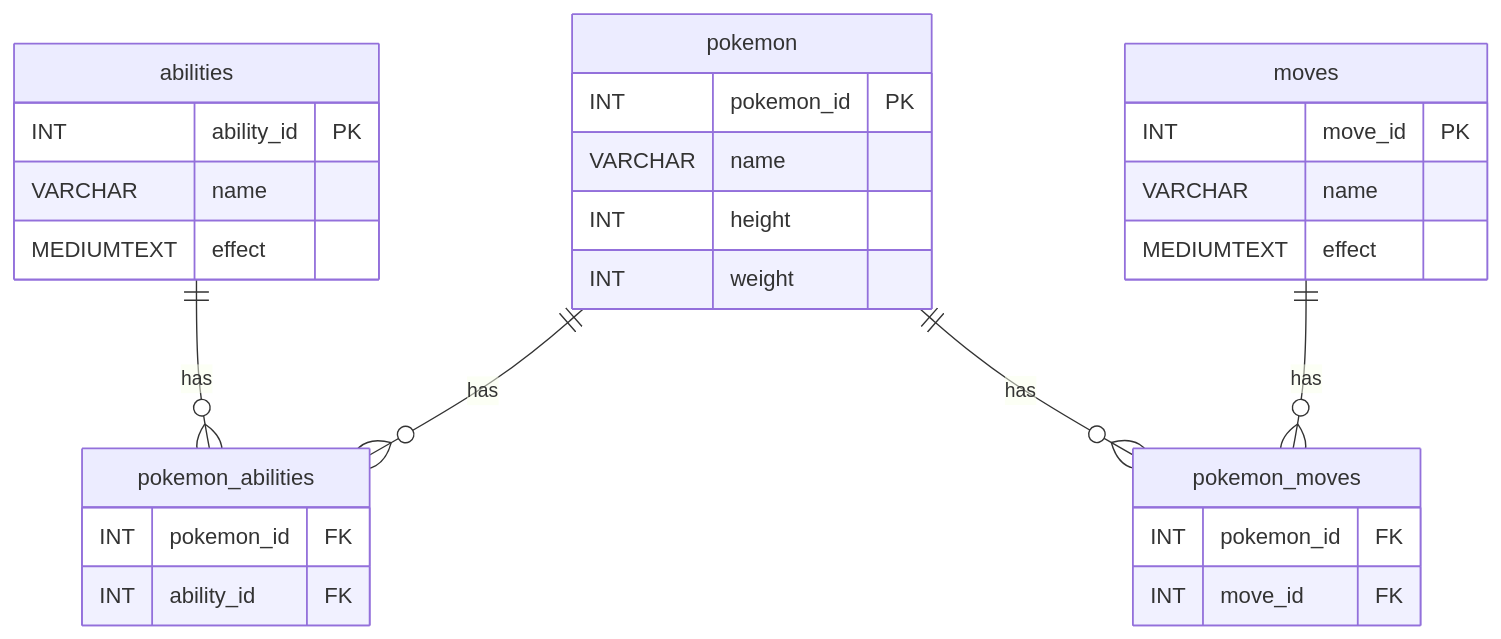
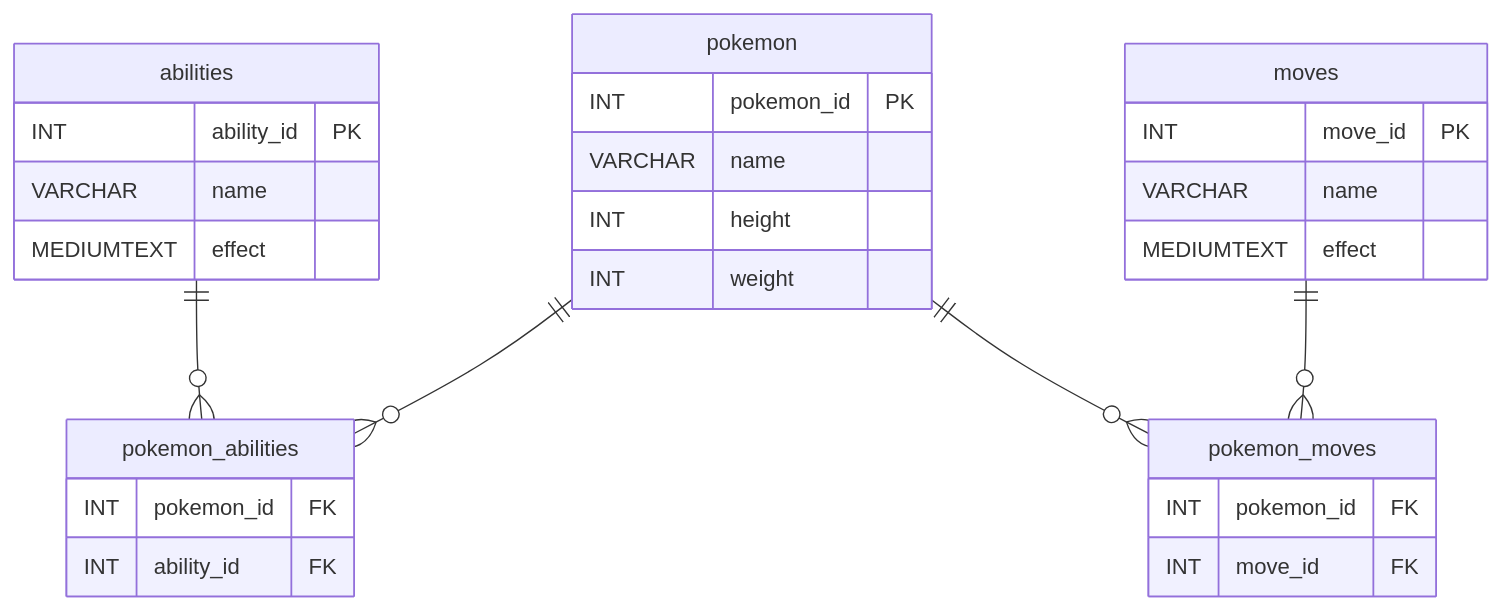
Before and after one commit to Skimifil/ds_pokeapi: the diagram in README.md, drawn with Mermaid. The commit also changed 1 other file, not shown here.

Commit message:
Atualização da doc da função pra pegar o id e o README.md

````diff
--- a/README.md
+++ b/README.md
@@ -40,36 +40,36 @@
 ```mermaid
 erDiagram
     abilities {
         INT ability_id PK
         VARCHAR name
         MEDIUMTEXT effect
     }
     
     pokemon {
         INT pokemon_id PK
         VARCHAR name
         INT height
         INT weight
     }
 
     moves {
         INT move_id PK
         VARCHAR name
         MEDIUMTEXT effect
     }
 
     pokemon_abilities {
         INT pokemon_id FK
         INT ability_id FK
     }
 
     pokemon_moves {
         INT pokemon_id FK
         INT move_id FK
     }
 
-    pokemon ||--o{ pokemon_abilities : "has"
-    pokemon ||--o{ pokemon_moves : "has"
-    abilities ||--o{ pokemon_abilities : "has"
-    moves ||--o{ pokemon_moves : "has"
+    pokemon ||--o{ pokemon_abilities : ""
+    pokemon ||--o{ pokemon_moves : ""
+    abilities ||--o{ pokemon_abilities : ""
+    moves ||--o{ pokemon_moves : ""
 ```
````
